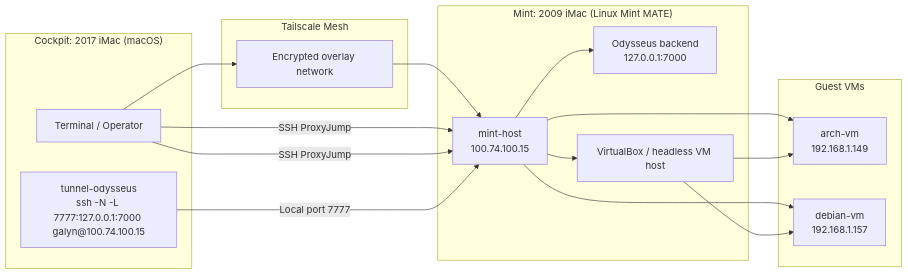
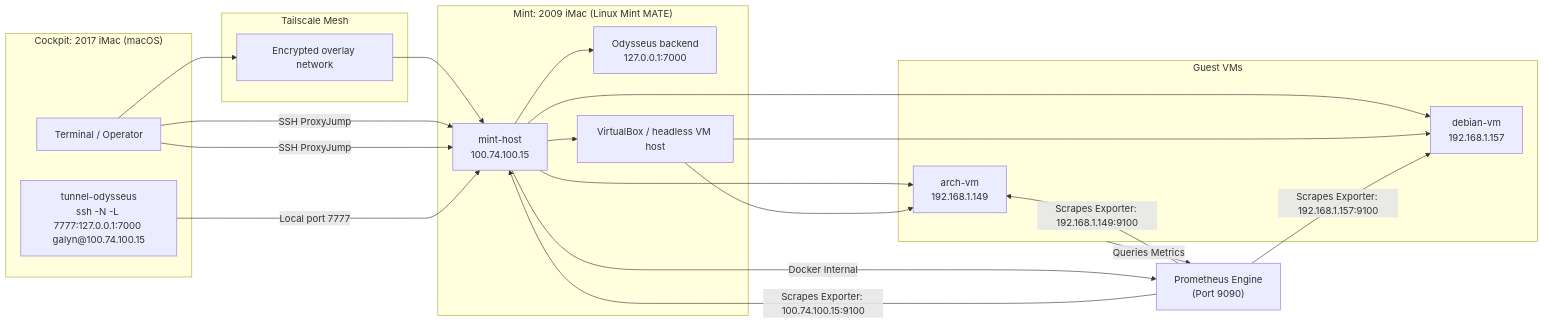
Before and after one commit to Galyn26/legacy: the diagram in docs/architecture.md, drawn with Mermaid. The commit also changed other lines of this file and 1 other file, not shown here.

Commit message:
Docker compose yaml and architechture update

````diff
--- a/docs/architecture.md
+++ b/docs/architecture.md
@@ -163,31 +163,38 @@
 ```mermaid
 flowchart LR
   subgraph C["Cockpit: 2017 iMac (macOS)"]
     T["Terminal / Operator"]
     F["tunnel-odysseus<br/>ssh -N -L 7777:127.0.0.1:7000 galyn@100.74.100.15"]
   end
 
   subgraph M["Tailscale Mesh"]
     TS["Encrypted overlay network"]
   end
 
   subgraph L["Mint: 2009 iMac (Linux Mint MATE)"]
     H["mint-host<br/>100.74.100.15"]
     A["Odysseus backend<br/>127.0.0.1:7000"]
     V["VirtualBox / headless VM host"]
   end
 
   subgraph G["Guest VMs"]
     X["arch-vm<br/>192.168.1.149"]
     D["debian-vm<br/>192.168.1.157"]
   end
 
   %% Connection Logic (Cleanly Separated Lines)
   T --> TS --> H
   T -->|SSH ProxyJump| H --> X
   T -->|SSH ProxyJump| H --> D
   F -->|Local port 7777| H --> A
   H --> V
   V --> X
   V --> D
+
+  %% Telemetry Scrape Engine Lines
+  H -->|Docker Internal| P["Prometheus Engine<br/>(Port 9090)"]
+  P -->|Scrapes Exporter: 100.74.100.15:9100| H
+  P -->|Scrapes Exporter: 192.168.1.149:9100| X
+  P -->|Scrapes Exporter: 192.168.1.157:9100| D
+  G["Grafana UI<br/>(Port 3000)"] -->|Queries Metrics| P
 ```
````
